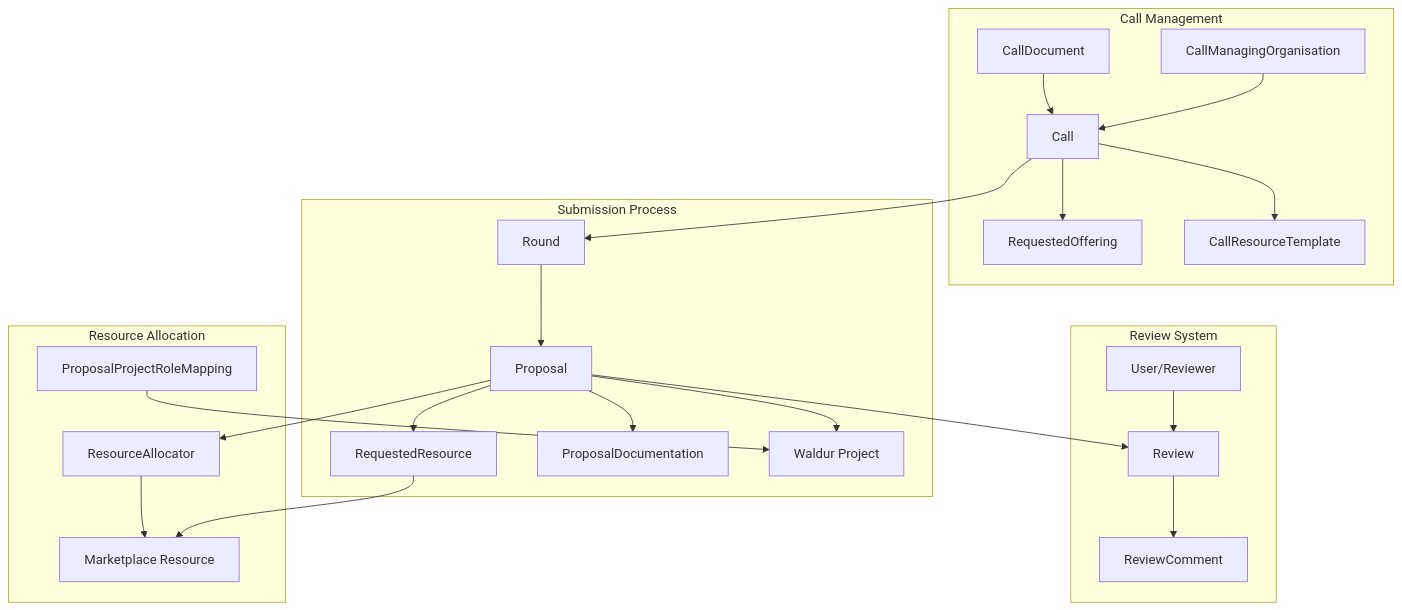
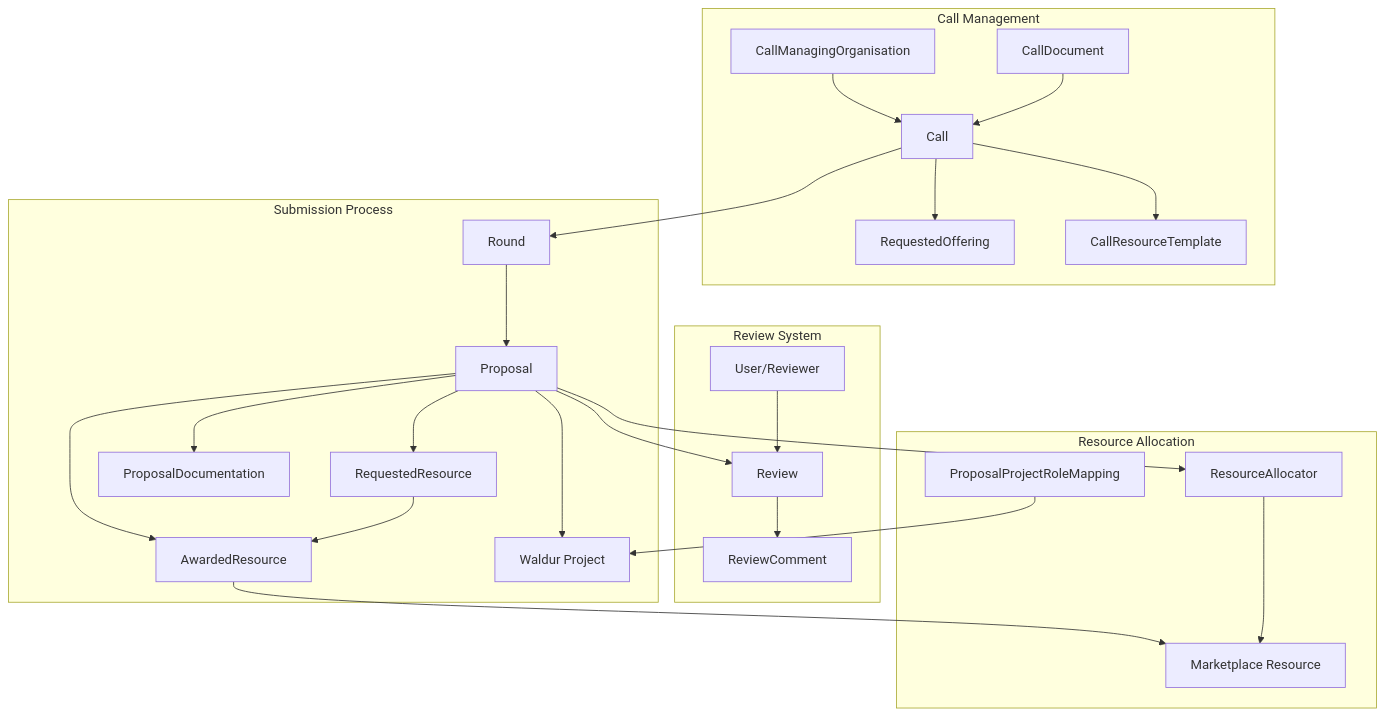
Before and after one commit to waldur/waldur-docs: the first of 12 diagrams in docs/developer-guide/core-concepts/proposals.md, drawn with Mermaid. The commit also changed other lines of this file and 37 other files, not shown here.

````diff
--- a/docs/developer-guide/core-concepts/proposals.md
+++ b/docs/developer-guide/core-concepts/proposals.md
@@ -22,30 +22,32 @@
 ```mermaid
 graph TB
     subgraph "Call Management"
         CMO[CallManagingOrganisation] --> C[Call]
         C --> RO[RequestedOffering]
         C --> CRT[CallResourceTemplate]
         CD[CallDocument] --> C
     end
 
     subgraph "Submission Process"
         C --> R[Round]
         R --> P[Proposal]
         P --> RR[RequestedResource]
+        P --> AR[AwardedResource]
+        RR --> AR
         P --> PD[ProposalDocumentation]
         P --> MP[Waldur Project]
     end
 
     subgraph "Review System"
         P --> REV[Review]
         REV --> RC[ReviewComment]
         U[User/Reviewer] --> REV
     end
 
     subgraph "Resource Allocation"
         P --> RA[ResourceAllocator]
-        RR --> MR[Marketplace Resource]
+        AR --> MR[Marketplace Resource]
         RA --> MR
         PPRM[ProposalProjectRoleMapping] --> MP
     end
 ```
````
